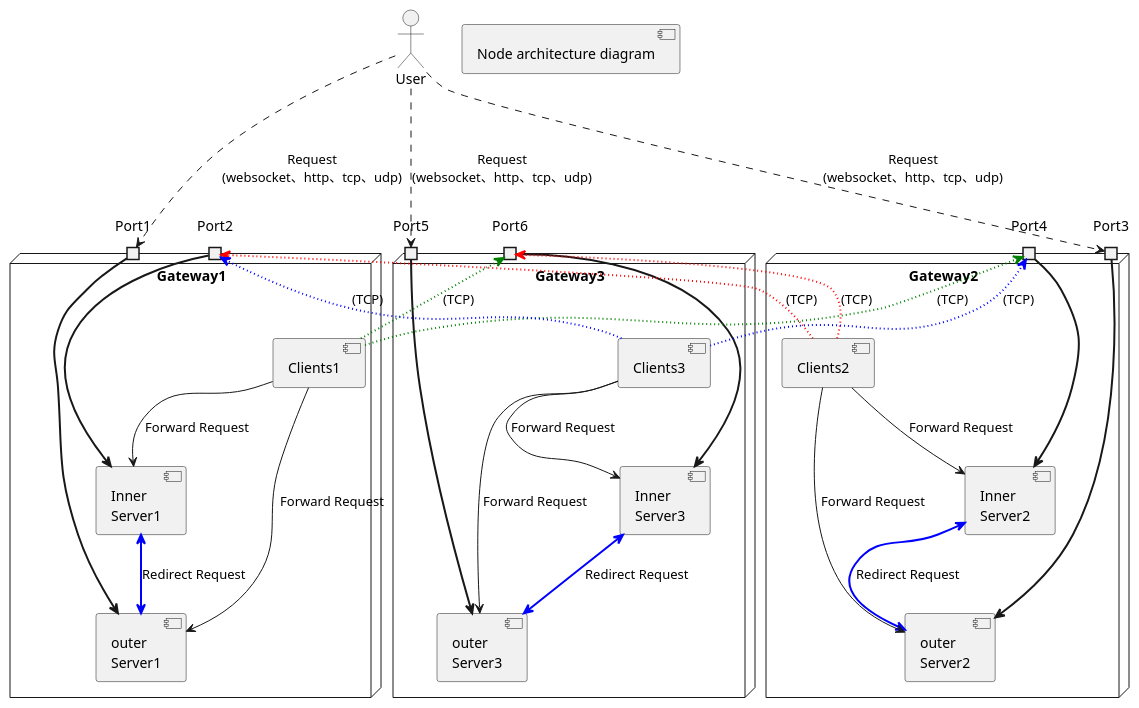
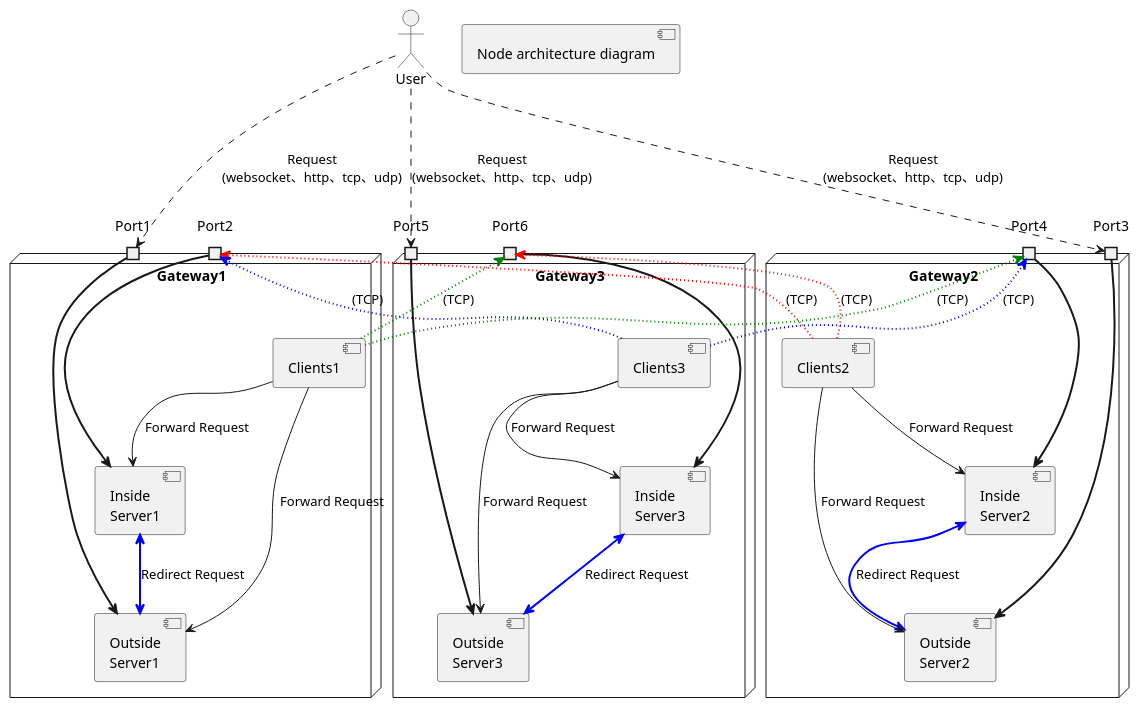
Before and after one commit to zunzhuowei/network-server: the diagram in docs/Nodes.puml, drawn with PlantUML. The commit also changed 27 other files, not shown here.

```diff
--- a/docs/Nodes.puml
+++ b/docs/Nodes.puml
@@ -1,61 +1,61 @@
 @startuml
 actor User
 card [Node architecture diagram]
 node Gateway1 {
     Port Port1
     Port Port2
-    component outer\nServer1{
+    component Outside\nServer1{
 
     }
-    component Inner\nServer1{
+    component Inside\nServer1{
     }
     component Clients1{
     }
 }
 node Gateway2 {
     Port Port3
     Port Port4
-    component outer\nServer2{
+    component Outside\nServer2{
     }
-    component Inner\nServer2{
+    component Inside\nServer2{
 
     }
     component Clients2{
     }
 }
 node Gateway3 {
     Port Port5
     Port Port6
-    component outer\nServer3{
+    component Outside\nServer3{
    }
-   component Inner\nServer3{
+   component Inside\nServer3{
 
    }
    component Clients3{
    }
 }
 [User]  --[dashed]-> [Port1] : Request\n(websocket、http、tcp、udp)
 [User]  --[dashed]-> [Port3] : Request\n(websocket、http、tcp、udp)
 [User]  --[dashed]-> [Port5] : Request\n(websocket、http、tcp、udp)
-[Port1] ==> [outer\nServer1]
-[Port2] ==> [Inner\nServer1]
-[Port3] ==> [outer\nServer2]
-[Port4] ==> [Inner\nServer2]
-[Port5] ==> [outer\nServer3]
-[Port6] ==> [Inner\nServer3]
+[Port1] ==> [Outside\nServer1]
+[Port2] ==> [Inside\nServer1]
+[Port3] ==> [Outside\nServer2]
+[Port4] ==> [Inside\nServer2]
+[Port5] ==> [Outside\nServer3]
+[Port6] ==> [Inside\nServer3]
 [Clients1] -[#green,dotted,thickness=2]-> [Port4] : (TCP)
 [Clients1] -[#green,dotted,thickness=2]-> [Port6] : (TCP)
 [Clients2] -[#red,dotted,thickness=2]-> [Port2] : (TCP)
 [Clients2] -[#red,dotted,thickness=2]-> [Port6] : (TCP)
 [Clients3] -[#blue,dotted,thickness=2]-> [Port2] : (TCP)
 [Clients3] -[#blue,dotted,thickness=2]-> [Port4] : (TCP)
-[Inner\nServer1] <=[#blue]=> [outer\nServer1] : Redirect Request
-[Inner\nServer2] <=[#blue]=> [outer\nServer2] : Redirect Request
-[Inner\nServer3] <=[#blue]=> [outer\nServer3] : Redirect Request
-[Clients1] --> [Inner\nServer1] : Forward Request
-[Clients1] --> [outer\nServer1] : Forward Request
-[Clients2] --> [Inner\nServer2] : Forward Request
-[Clients2] --> [outer\nServer2] : Forward Request
-[Clients3] --> [Inner\nServer3] : Forward Request
-[Clients3] --> [outer\nServer3] : Forward Request
+[Inside\nServer1] <=[#blue]=> [Outside\nServer1] : Redirect Request
+[Inside\nServer2] <=[#blue]=> [Outside\nServer2] : Redirect Request
+[Inside\nServer3] <=[#blue]=> [Outside\nServer3] : Redirect Request
+[Clients1] --> [Inside\nServer1] : Forward Request
+[Clients1] --> [Outside\nServer1] : Forward Request
+[Clients2] --> [Inside\nServer2] : Forward Request
+[Clients2] --> [Outside\nServer2] : Forward Request
+[Clients3] --> [Inside\nServer3] : Forward Request
+[Clients3] --> [Outside\nServer3] : Forward Request
 @enduml
```
